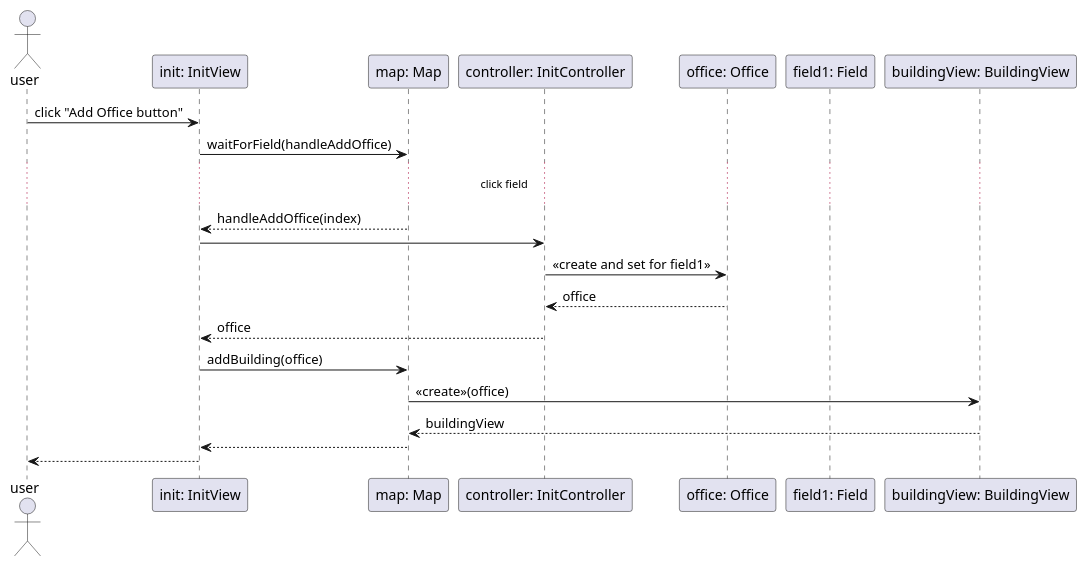
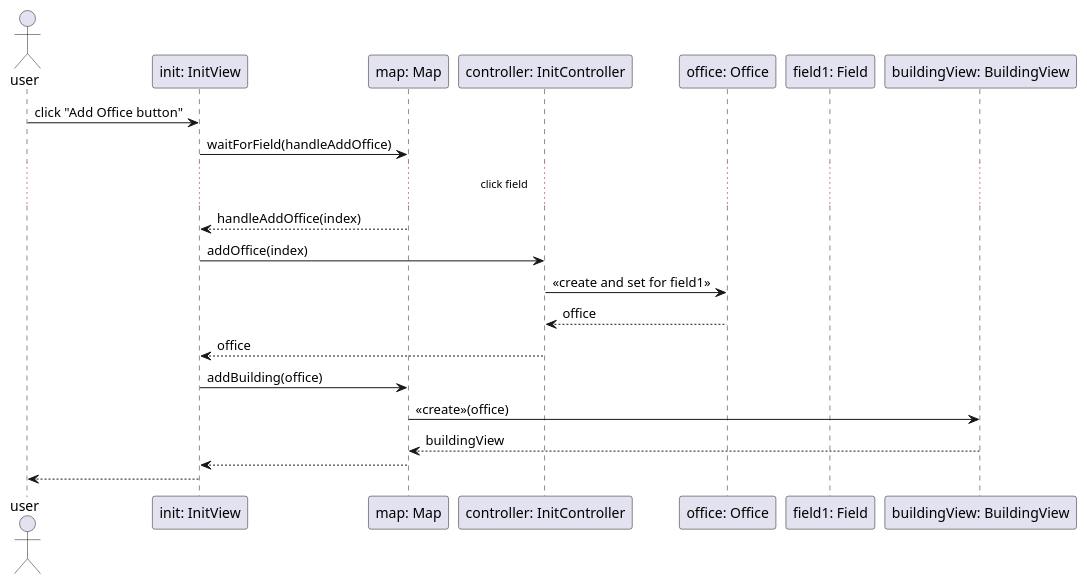
The diagram in docs/graphics/sequence/init/addOffice.plantuml (uhrinandor/spring), drawn with PlantUML before and after one commit. The commit also changed 7 other files, not shown here.

```diff
--- a/docs/graphics/sequence/init/addOffice.plantuml
+++ b/docs/graphics/sequence/init/addOffice.plantuml
@@ -1,28 +1,28 @@
 @startuml
 
 actor "user" as user
 participant "init: InitView" as init
 participant "map: Map" as map
 participant "controller: InitController" as controller
 participant "office: Office" as 1
 participant "field1: Field" as field1
 participant "buildingView: BuildingView" as buildingView
 
 user -> init: click "Add Office button"
 init -> map: waitForField(handleAddOffice)
    ... click field ...
 map --> init: handleAddOffice(index)
 
-init -> controller:
+init -> controller: addOffice(index)
 controller -> 1: <<create and set for field1>>
 1 --> controller: office
 
 controller --> init: office
 
 init -> map: addBuilding(office)
 map -> buildingView: <<create>>(office)
 buildingView --> map: buildingView
 map --> init:
 init --> user:
 
 @enduml
```
